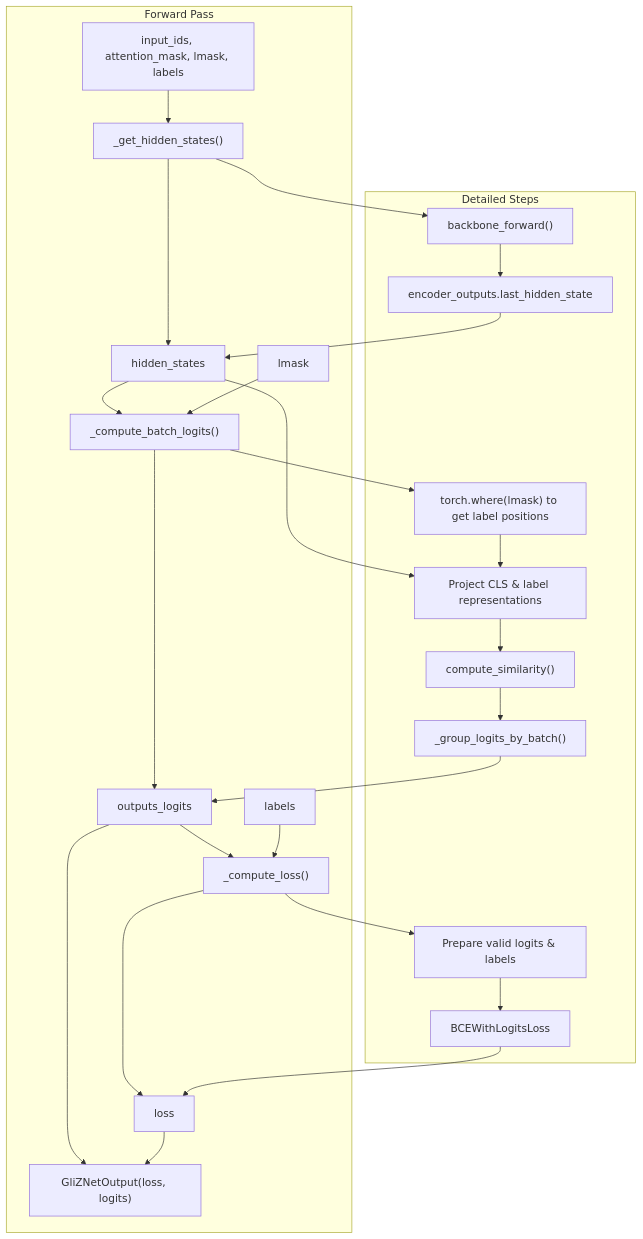
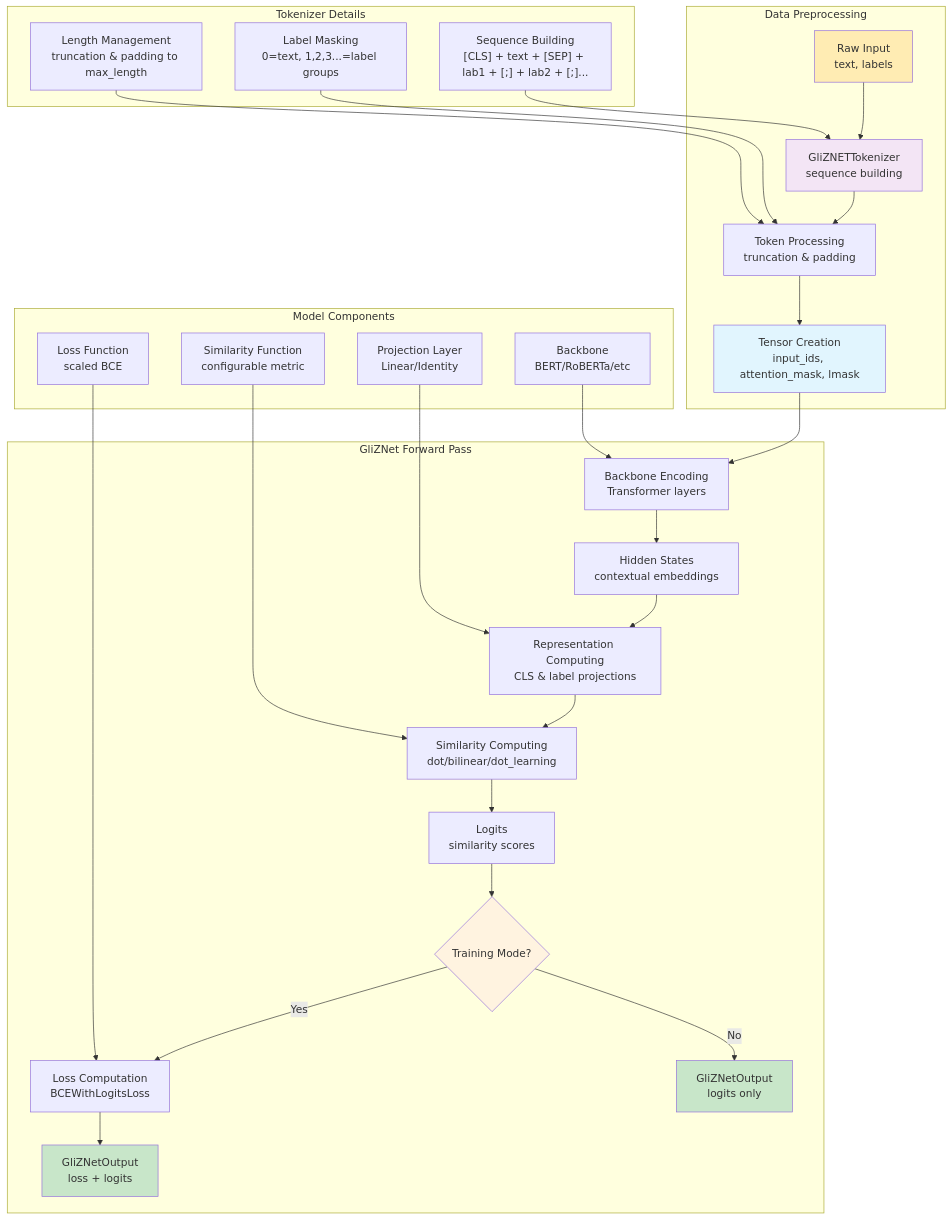
Before and after one commit to KameniAlexNea/zero-shot-classification: the diagram in GliZNet_Forward_Pass.md, drawn with Mermaid. The commit also changed 4 other files, not shown here.

Commit message:
feat: add token dropout functionality to tokenizer and training process

````diff
--- a/GliZNet_Forward_Pass.md
+++ b/GliZNet_Forward_Pass.md
@@ -2,28 +2,40 @@
 ```mermaid
 graph TD
-    subgraph "Forward Pass"
-        A["input_ids, attention_mask, lmask, labels"] --> B["_get_hidden_states()"];
-        B --> C["hidden_states"];
-        C & lmask --> D["_compute_batch_logits()"];
-        D --> E["outputs_logits"];
-        E & labels --> F["_compute_loss()"];
-        F --> G["loss"];
-        E & G --> H["GliZNetOutput(loss, logits)"];
+    subgraph "Data Preprocessing"
+        A["Raw Input<br/>text, labels"] --> B["GliZNETTokenizer<br/>sequence building"];
+        B --> C["Token Processing<br/>truncation & padding"];
+        C --> D["Tensor Creation<br/>input_ids, attention_mask, lmask"];
     end
 
-    subgraph "Detailed Steps"
-        B --> B1["backbone_forward()"];
-        B1 --> B2["encoder_outputs.last_hidden_state"];
-        B2 --> C;
+    subgraph "GliZNet Forward Pass"
+        D --> E["Backbone Encoding<br/>Transformer layers"];
+        E --> F["Hidden States<br/>contextual embeddings"];
+        F --> G["Representation Computing<br/>CLS & label projections"];
+        G --> H["Similarity Computing<br/>dot/bilinear/dot_learning"];
+        H --> I["Logits<br/>similarity scores"];
+        I --> J{"Training Mode?"};
+        J -->|Yes| K["Loss Computation<br/>BCEWithLogitsLoss"];
+        J -->|No| L["GliZNetOutput<br/>logits only"];
+        K --> M["GliZNetOutput<br/>loss + logits"];
+    end
 
-        D --> D1["torch.where(lmask) to get label positions"];
-        C & D1 --> D2["Project CLS & label representations"];
-        D2 --> D3["compute_similarity()"];
-        D3 --> D4["_group_logits_by_batch()"];
-        D4 --> E;
+    subgraph "Tokenizer Details"
+        N["Sequence Building<br/>[CLS] + text + [SEP] + lab1 + [;] + lab2 + [;]..."] --> B;
+        O["Label Masking<br/>0=text, 1,2,3...=label groups"] --> C;
+        P["Length Management<br/>truncation & padding to max_length"] --> C;
+    end
 
-        F --> F1["Prepare valid logits & labels"];
-        F1 --> F2["BCEWithLogitsLoss"];
-        F2 --> G;
+    subgraph "Model Components"
+        Q["Backbone<br/>BERT/RoBERTa/etc"] --> E;
+        R["Projection Layer<br/>Linear/Identity"] --> G;
+        S["Similarity Function<br/>configurable metric"] --> H;
+        T["Loss Function<br/>scaled BCE"] --> K;
     end
+
+    style A fill:#ffecb3
+    style D fill:#e1f5fe
+    style M fill:#c8e6c9
+    style L fill:#c8e6c9
+    style J fill:#fff3e0
+    style B fill:#f3e5f5
 ```
````
